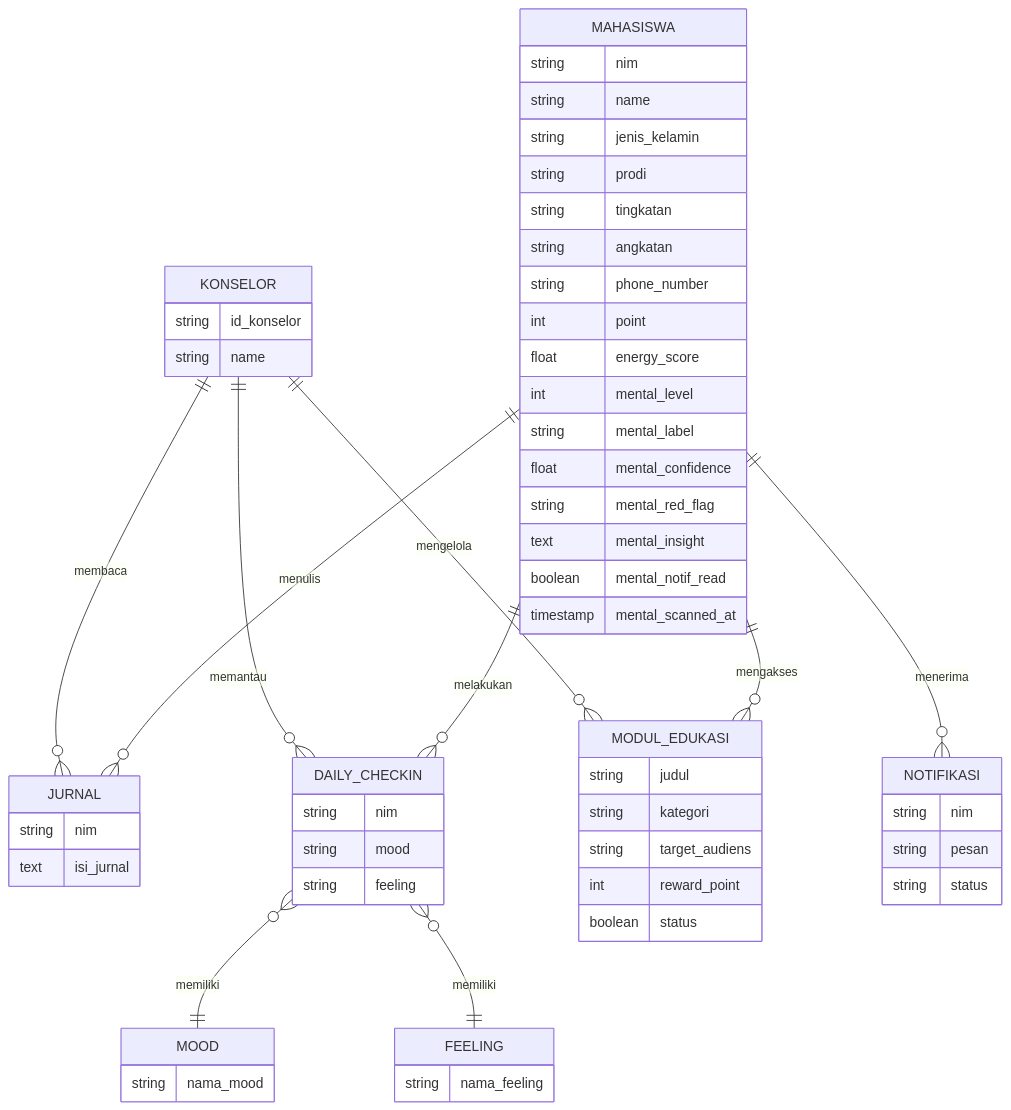
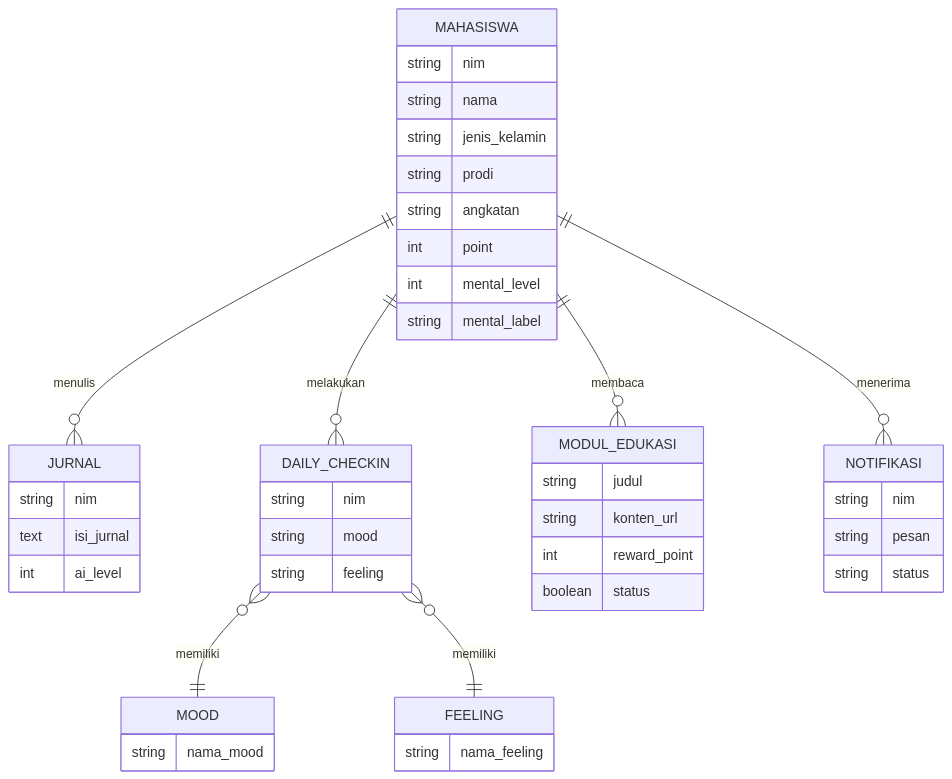
The second of 3 diagrams in docs/database_diagram.md (Desrico/TA-KEL-12), drawn with Mermaid before and after one commit. The commit also changed other lines of this file and 3 other files, not shown here.

````diff
--- a/docs/database_diagram.md
+++ b/docs/database_diagram.md
@@ -167,63 +87,48 @@
 ```mermaid
 erDiagram
-    KONSELOR {
-        string id_konselor
-        string name
-    }
     MAHASISWA {
         string nim
-        string name
+        string nama
         string jenis_kelamin
         string prodi
-        string tingkatan
         string angkatan
-        string phone_number
         int point
-        float energy_score
         int mental_level
         string mental_label
-        float mental_confidence
-        string mental_red_flag
-        text mental_insight
-        boolean mental_notif_read
-        timestamp mental_scanned_at
     }
     JURNAL {
         string nim
         text isi_jurnal
+        int ai_level
     }
     DAILY_CHECKIN {
         string nim
         string mood
         string feeling
     }
     MOOD {
         string nama_mood
     }
     FEELING {
         string nama_feeling
     }
     MODUL_EDUKASI {
         string judul
-        string kategori
-        string target_audiens
+        string konten_url
         int reward_point
         boolean status
     }
     NOTIFIKASI {
         string nim
         string pesan
         string status
     }
 
     %% Relasi
-    KONSELOR ||--o{ MODUL_EDUKASI : "mengelola"
-    KONSELOR ||--o{ JURNAL : "membaca"
-    KONSELOR ||--o{ DAILY_CHECKIN : "memantau"
-    MAHASISWA ||--o{ MODUL_EDUKASI : "mengakses"
+    MAHASISWA ||--o{ MODUL_EDUKASI : "membaca"
     MAHASISWA ||--o{ JURNAL : "menulis"
     MAHASISWA ||--o{ DAILY_CHECKIN : "melakukan"
     MAHASISWA ||--o{ NOTIFIKASI : "menerima"
     DAILY_CHECKIN }o--|| MOOD : "memiliki"
     DAILY_CHECKIN }o--|| FEELING : "memiliki"
 ```
````
